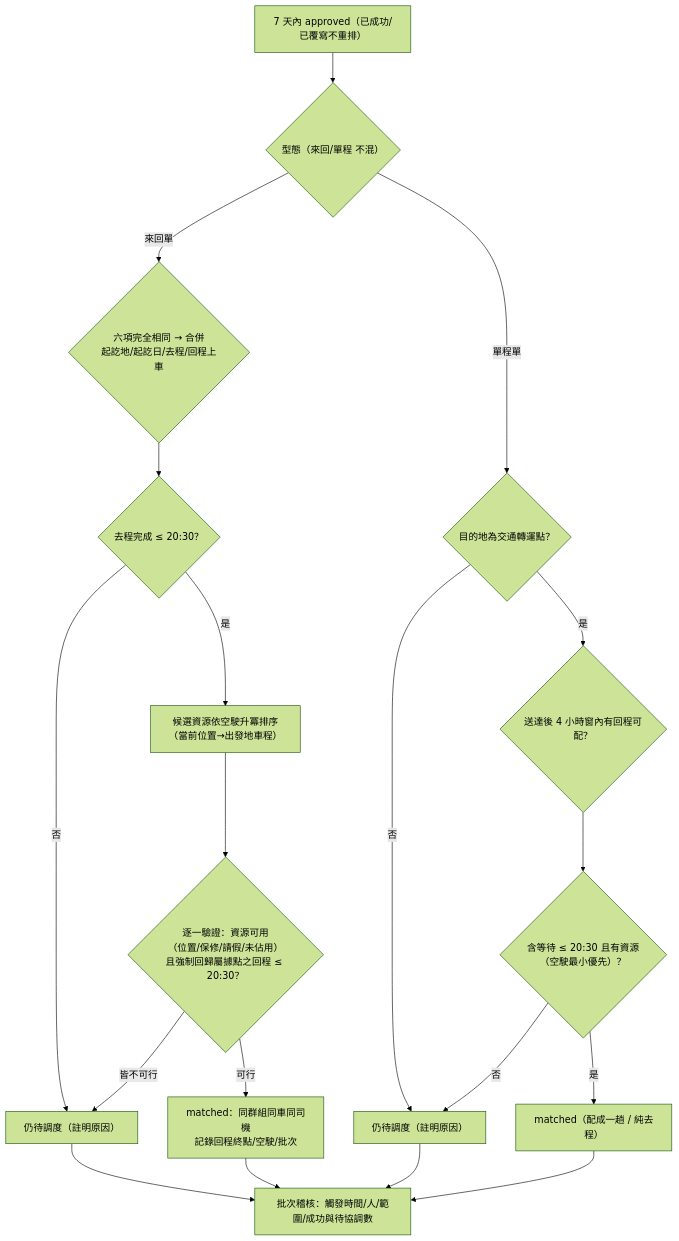
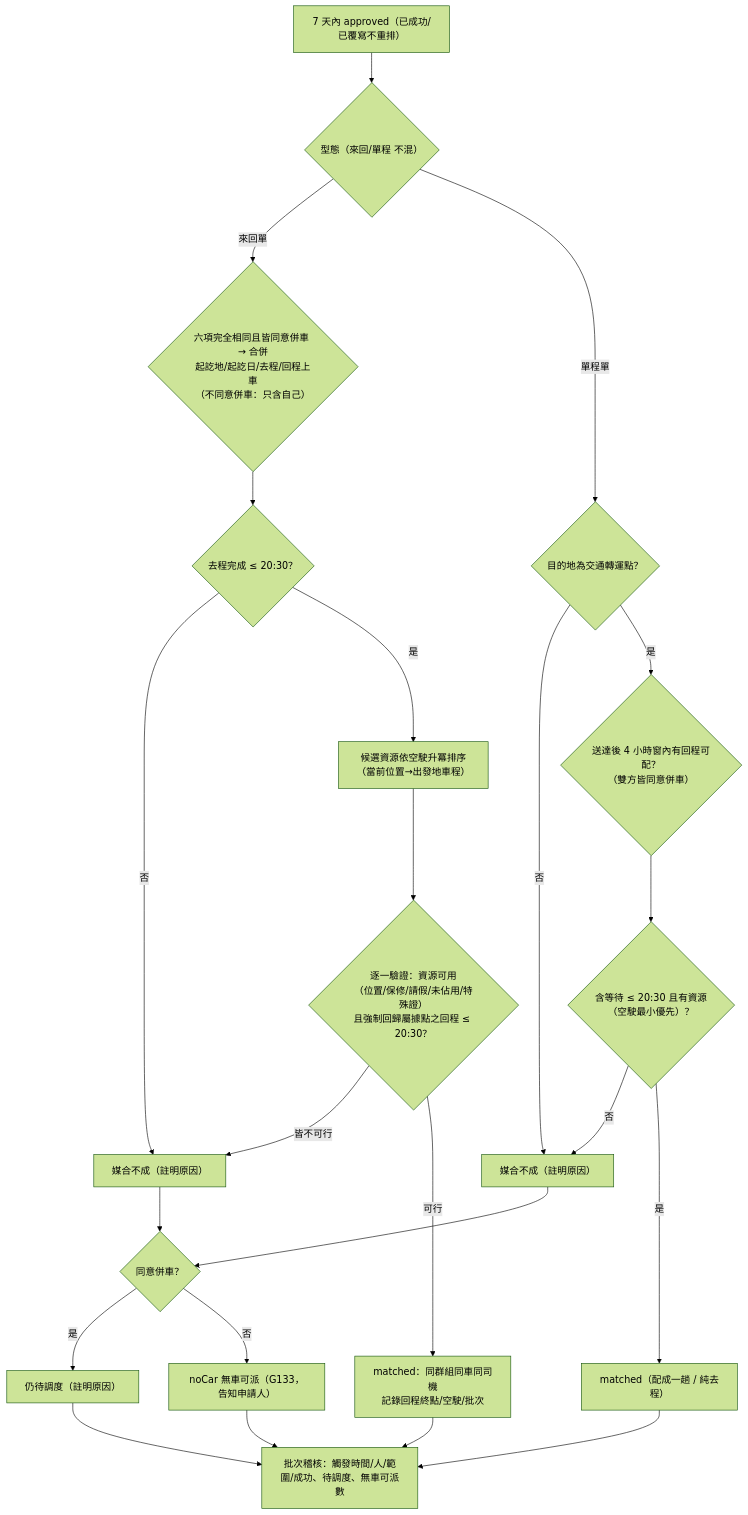
The sixth of 6 diagrams in docs/LOGIC.md (khcheng77/car-transport), drawn with Mermaid (forest theme) before and after one commit. The commit also changed other lines of this file and 1 other file, not shown here.

````diff
--- a/docs/LOGIC.md
+++ b/docs/LOGIC.md
@@ -388,21 +407,25 @@
 ```mermaid
 flowchart TD
   B0["7 天內 approved（已成功/已覆寫不重排）"] --> T{"型態（來回/單程 不混）"}
-  T -- 來回單 --> R1{"六項完全相同 → 合併<br/>起訖地/起訖日/去程/回程上車"}
+  T -- 來回單 --> R1{"六項完全相同且皆同意併車 → 合併<br/>起訖地/起訖日/去程/回程上車<br/>（不同意併車：只含自己）"}
   R1 --> R2{"去程完成 ≤ 20:30？"}
-  R2 -- 否 --> RC["仍待調度（註明原因）"]
+  R2 -- 否 --> RC["媒合不成（註明原因）"]
   R2 -- 是 --> R3["候選資源依空駛升冪排序<br/>（當前位置→出發地車程）"]
-  R3 --> R4{"逐一驗證：資源可用<br/>（位置/保修/請假/未佔用）<br/>且強制回歸屬據點之回程 ≤ 20:30？"}
+  R3 --> R4{"逐一驗證：資源可用<br/>（位置/保修/請假/未佔用/特殊證）<br/>且強制回歸屬據點之回程 ≤ 20:30？"}
   R4 -- 皆不可行 --> RC
   R4 -- 可行 --> RM["matched：同群組同車同司機<br/>記錄回程終點/空駛/批次"]
   T -- 單程單 --> O1{"目的地為交通轉運點？"}
-  O1 -- 否 --> OC["仍待調度（註明原因）"]
-  O1 -- 是 --> O2{"送達後 4 小時窗內有回程可配？"}
+  O1 -- 否 --> OC["媒合不成（註明原因）"]
+  O1 -- 是 --> O2{"送達後 4 小時窗內有回程可配？<br/>（雙方皆同意併車）"}
   O2 --> O3{"含等待 ≤ 20:30 且有資源（空駛最小優先）？"}
   O3 -- 否 --> OC
   O3 -- 是 --> OM["matched（配成一趟 / 純去程）"]
-  RM --> AU["批次稽核：觸發時間/人/範圍/成功與待協調數"]
+  RC --> NC{"同意併車？"}
+  OC --> NC
+  NC -- 是 --> RW["仍待調度（註明原因）"]
+  NC -- 否 --> RN["noCar 無車可派（G133，告知申請人）"]
+  RM --> AU["批次稽核：觸發時間/人/範圍/成功、待調度、無車可派數"]
   OM --> AU
-  RC --> AU
-  OC --> AU
+  RW --> AU
+  RN --> AU
 ```
````
